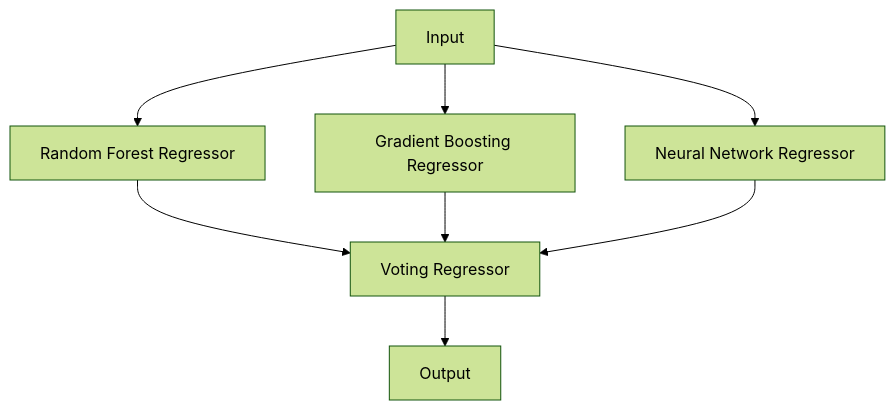
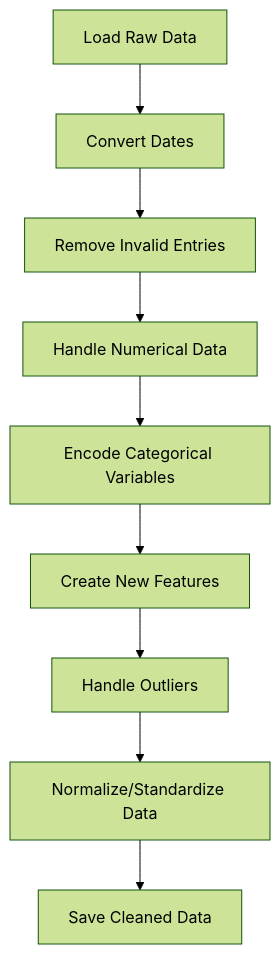
The diagram in scikitlearn/info.md (CLoaKY233/NeuralNetworks), drawn with Mermaid (forest theme) before and after one commit. The commit also changed other lines of this file, not shown here.

````diff
--- a/scikitlearn/info.md
+++ b/scikitlearn/info.md
@@ -41,10 +52,11 @@
 ```mermaid
 graph TD
-    A[Input] --> B[Random Forest Regressor]
-    A --> C[Gradient Boosting Regressor]
-    A --> D[Neural Network Regressor]
-    B --> E[Voting Regressor]
-    C --> E
-    D --> E
-    E --> F[Output]
+    A[Load Raw Data] --> B[Convert Dates]
+    B --> C[Remove Invalid Entries]
+    C --> D[Handle Numerical Data]
+    D --> E[Encode Categorical Variables]
+    E --> F[Create New Features]
+    F --> G[Handle Outliers]
+    G --> H[Normalize/Standardize Data]
+    H --> I[Save Cleaned Data]
 ```
````
